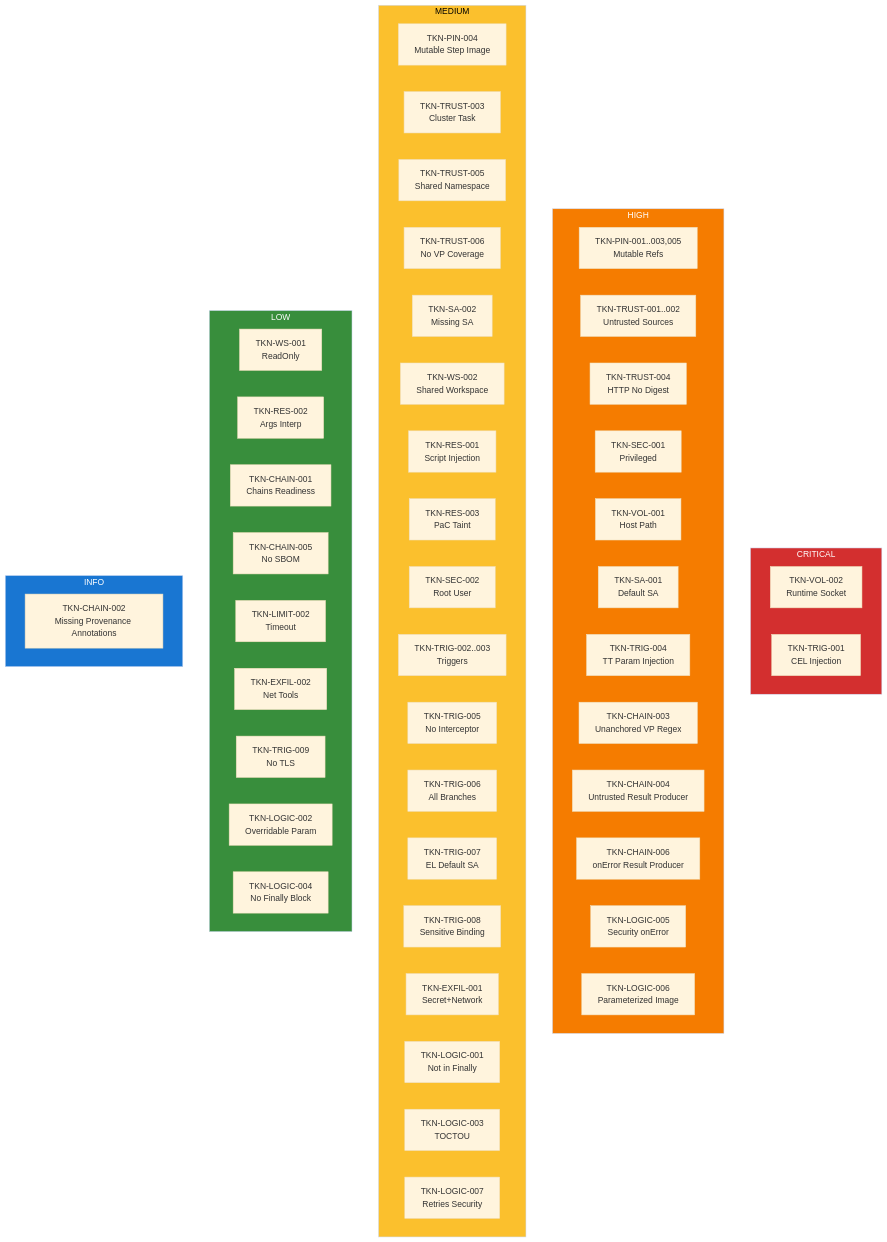
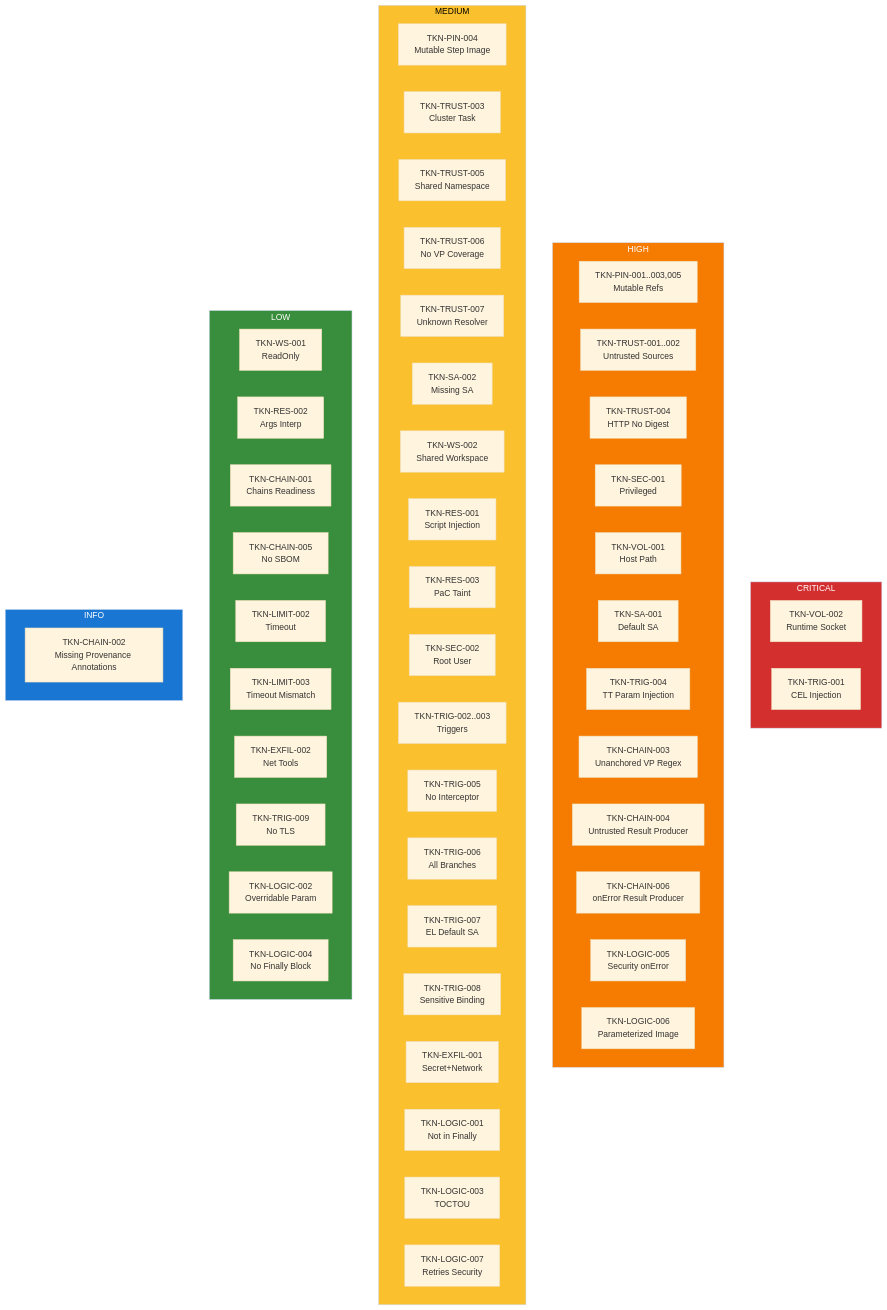
Before and after one commit to ugiordan/tekton-guard: the diagram in site/docs/reference/rules.md, drawn with Mermaid (base theme). The commit also changed other lines of this file and 3 other files, not shown here.

````diff
--- a/site/docs/reference/rules.md
+++ b/site/docs/reference/rules.md
@@ -7,62 +7,64 @@
 ```mermaid
 graph TD
     subgraph CRITICAL
         VOL002["TKN-VOL-002<br/>Runtime Socket"]
         TRIG001["TKN-TRIG-001<br/>CEL Injection"]
     end
     subgraph HIGH
         PIN001["TKN-PIN-001..003,005<br/>Mutable Refs"]
         TRUST001["TKN-TRUST-001..002<br/>Untrusted Sources"]
         TRUST004["TKN-TRUST-004<br/>HTTP No Digest"]
         SEC001["TKN-SEC-001<br/>Privileged"]
         VOL001["TKN-VOL-001<br/>Host Path"]
         SA001["TKN-SA-001<br/>Default SA"]
         TRIG004["TKN-TRIG-004<br/>TT Param Injection"]
         CHAIN003["TKN-CHAIN-003<br/>Unanchored VP Regex"]
         CHAIN004["TKN-CHAIN-004<br/>Untrusted Result Producer"]
         CHAIN006["TKN-CHAIN-006<br/>onError Result Producer"]
         LOGIC005["TKN-LOGIC-005<br/>Security onError"]
         LOGIC006["TKN-LOGIC-006<br/>Parameterized Image"]
     end
     subgraph MEDIUM
         PIN004["TKN-PIN-004<br/>Mutable Step Image"]
         TRUST003["TKN-TRUST-003<br/>Cluster Task"]
         TRUST005["TKN-TRUST-005<br/>Shared Namespace"]
         TRUST006["TKN-TRUST-006<br/>No VP Coverage"]
+        TRUST007["TKN-TRUST-007<br/>Unknown Resolver"]
         SA002["TKN-SA-002<br/>Missing SA"]
         WS002["TKN-WS-002<br/>Shared Workspace"]
         RES001["TKN-RES-001<br/>Script Injection"]
         RES003["TKN-RES-003<br/>PaC Taint"]
         SEC002["TKN-SEC-002<br/>Root User"]
         TRIG002["TKN-TRIG-002..003<br/>Triggers"]
         TRIG005["TKN-TRIG-005<br/>No Interceptor"]
         TRIG006["TKN-TRIG-006<br/>All Branches"]
         TRIG007["TKN-TRIG-007<br/>EL Default SA"]
         TRIG008["TKN-TRIG-008<br/>Sensitive Binding"]
         EXFIL001["TKN-EXFIL-001<br/>Secret+Network"]
         LOGIC001["TKN-LOGIC-001<br/>Not in Finally"]
         LOGIC003["TKN-LOGIC-003<br/>TOCTOU"]
         LOGIC007["TKN-LOGIC-007<br/>Retries Security"]
     end
     subgraph LOW
         WS001["TKN-WS-001<br/>ReadOnly"]
         RES002["TKN-RES-002<br/>Args Interp"]
         CHAIN001["TKN-CHAIN-001<br/>Chains Readiness"]
         CHAIN005["TKN-CHAIN-005<br/>No SBOM"]
         LIMIT002["TKN-LIMIT-002<br/>Timeout"]
+        LIMIT003["TKN-LIMIT-003<br/>Timeout Mismatch"]
         EXFIL002["TKN-EXFIL-002<br/>Net Tools"]
         TRIG009["TKN-TRIG-009<br/>No TLS"]
         LOGIC002["TKN-LOGIC-002<br/>Overridable Param"]
         LOGIC004["TKN-LOGIC-004<br/>No Finally Block"]
     end
     
     subgraph INFO
         CHAIN002["TKN-CHAIN-002<br/>Missing Provenance Annotations"]
     end
     
     style CRITICAL fill:#d32f2f,color:#fff
     style HIGH fill:#f57c00,color:#fff
     style MEDIUM fill:#fbc02d,color:#000
     style LOW fill:#388e3c,color:#fff
     style INFO fill:#1976d2,color:#fff
 ```
````
